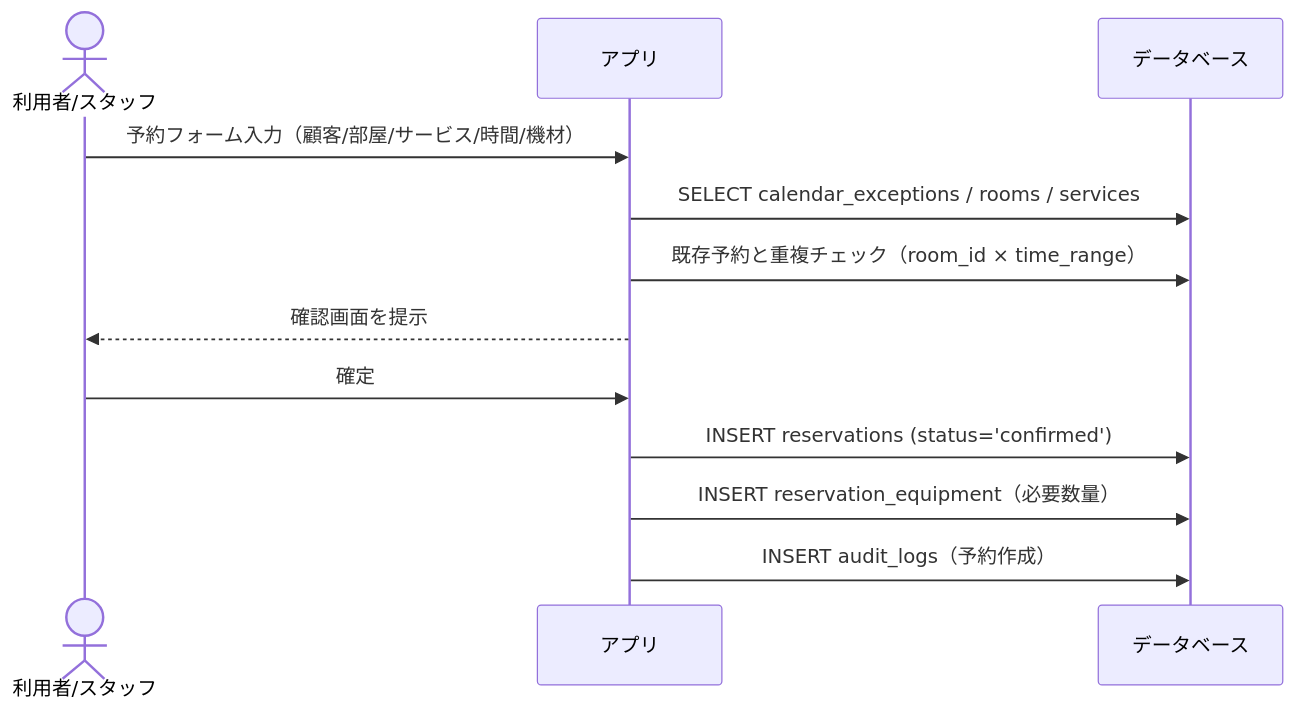
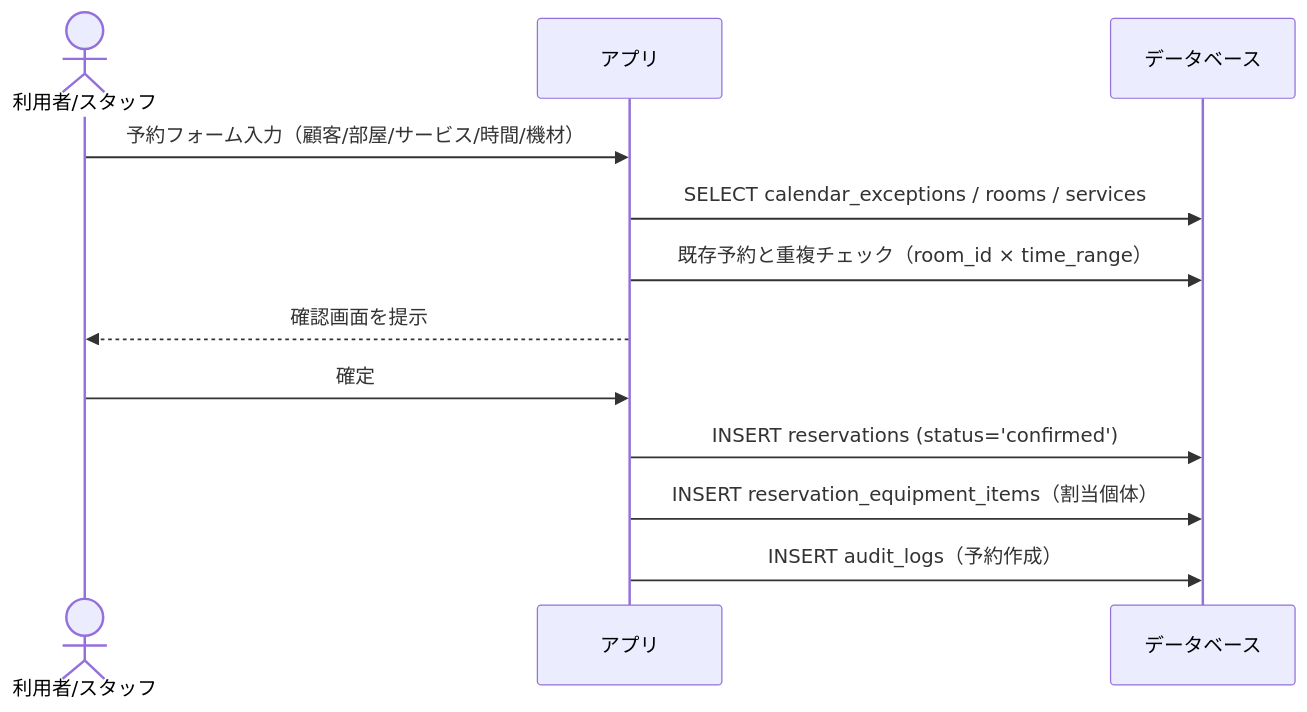
Before and after one commit to hira777/pulseboard: the second of 2 diagrams in docs/db/schema.md, drawn with Mermaid. The commit also changed other lines of this file and 14 other files, not shown here.

````diff
--- a/docs/db/schema.md
+++ b/docs/db/schema.md
@@ -111,14 +113,14 @@
 ```mermaid
 sequenceDiagram
   actor User as 利用者/スタッフ
   participant App as アプリ
   participant DB as データベース
   User->>App: 予約フォーム入力（顧客/部屋/サービス/時間/機材）
   App->>DB: SELECT calendar_exceptions / rooms / services
   App->>DB: 既存予約と重複チェック（room_id × time_range）
   App-->>User: 確認画面を提示
   User->>App: 確定
   App->>DB: INSERT reservations (status='confirmed')
-  App->>DB: INSERT reservation_equipment（必要数量）
+  App->>DB: INSERT reservation_equipment_items（割当個体）
   App->>DB: INSERT audit_logs（予約作成）
 ```
````
